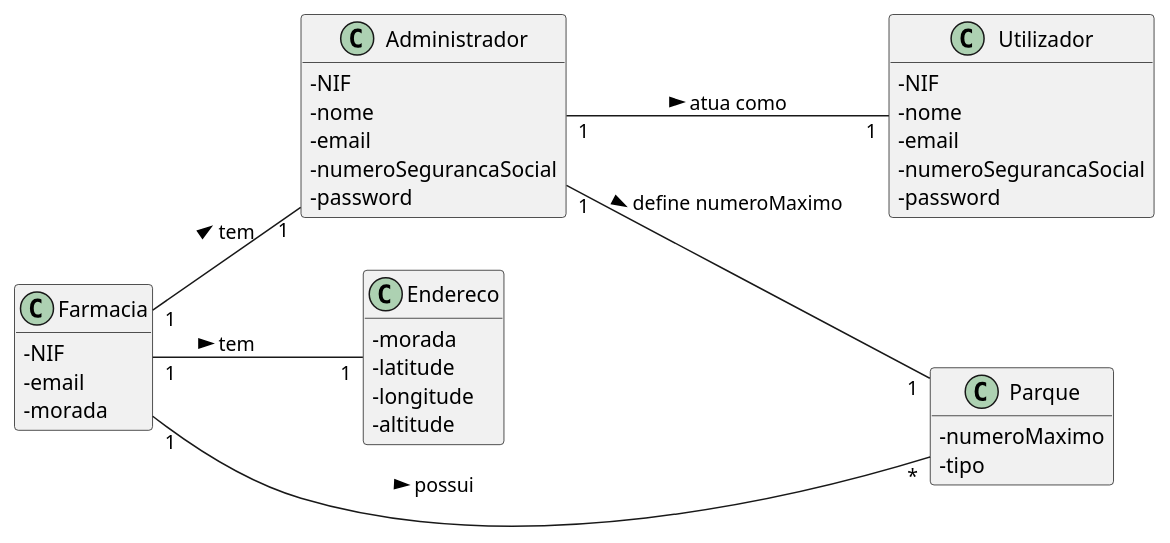
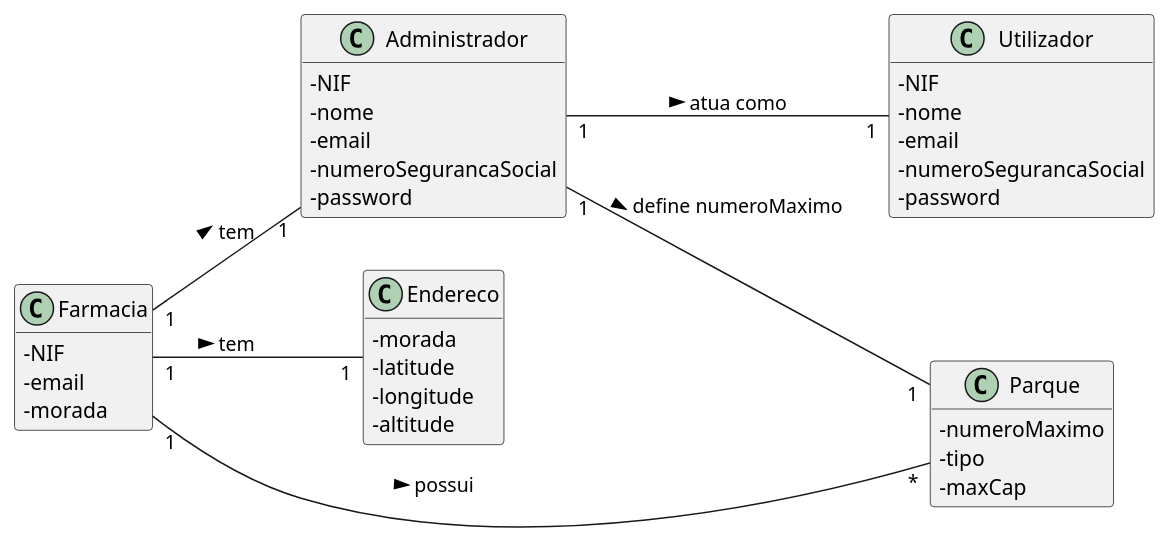
The diagram in docs/UC128/MD-REGISTAR FARMACIA.puml (pedrolemos4/LAPR3), drawn with PlantUML before and after one commit. The commit also changed 7 other files, not shown here.

```diff
--- a/docs/UC128/MD-REGISTAR FARMACIA.puml
+++ b/docs/UC128/MD-REGISTAR FARMACIA.puml
@@ -1,46 +1,47 @@
 @startuml
 skinparam classAttributeIconSize 0
 hide methods
 left to right direction
 
 class Farmacia {
   -NIF
   -email
   -morada
 }
 
 class Utilizador {
   -NIF
   -nome
   -email
   -numeroSegurancaSocial
   -password
 }
 
 class Administrador {
   -NIF
   -nome
   -email
   -numeroSegurancaSocial
   -password
 }
 
 class Endereco {
   -morada
   -latitude
   -longitude
   -altitude
 }
 
 class Parque {
   -numeroMaximo
   -tipo
+  -maxCap
 }
 
 Administrador "1" -- "1" Utilizador: atua como >
 Administrador "1" -- "1" Parque: define numeroMaximo >
 Farmacia "1" -- "*" Parque: possui >
 Farmacia "1" -- "1" Endereco: tem >
 Farmacia "1" -- "1" Administrador: tem >
 
 @enduml
```
